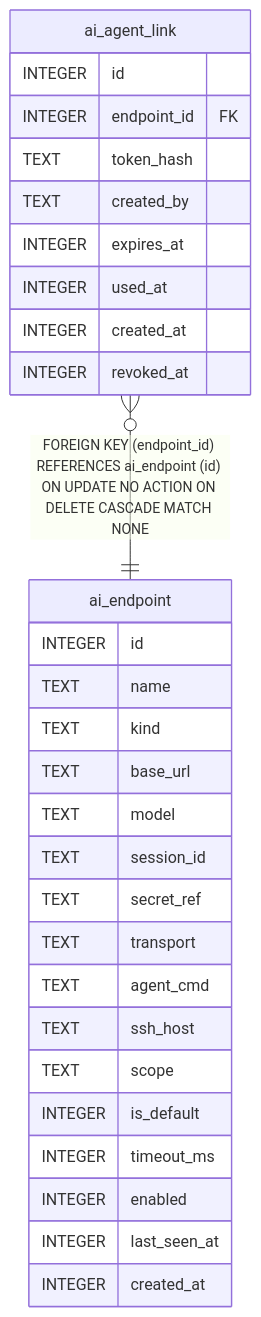
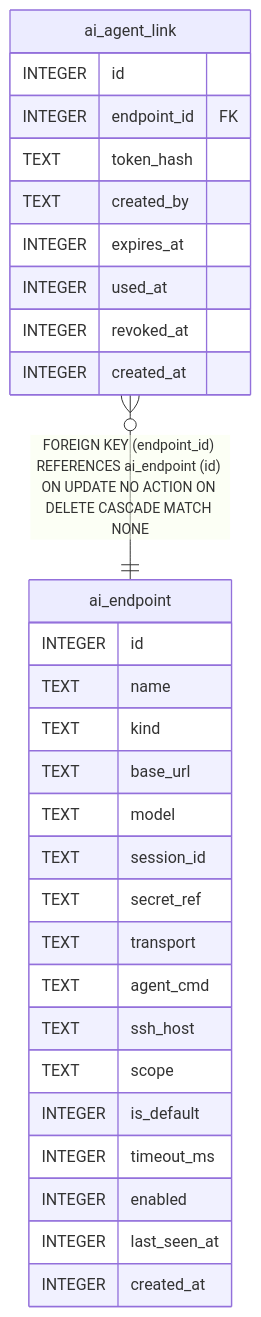
One commit to ktbhealth/docs changed the diagram in content/docs/pt-BR/developers/plugins/ai-endpoints/reference/index.mdx. Above: the diagram before and after it, drawn with Mermaid. The commit also changed other lines of this file and 87 other files, not shown here.

Commit message:
docs: ERD refresh after db schema facade (#104)

````diff
--- a/content/docs/pt-BR/developers/plugins/ai-endpoints/reference/index.mdx
+++ b/content/docs/pt-BR/developers/plugins/ai-endpoints/reference/index.mdx
@@ -13,34 +13,34 @@
 ```mermaid
 erDiagram
 
 "ai_agent_link" }o--|| "ai_endpoint" : "FOREIGN KEY (endpoint_id) REFERENCES ai_endpoint (id) ON UPDATE NO ACTION ON DELETE CASCADE MATCH NONE"
 
 "ai_agent_link" {
   INTEGER id
   INTEGER endpoint_id FK
   TEXT token_hash
   TEXT created_by
   INTEGER expires_at
   INTEGER used_at
+  INTEGER revoked_at
   INTEGER created_at
-  INTEGER revoked_at
 }
 "ai_endpoint" {
   INTEGER id
   TEXT name
   TEXT kind
   TEXT base_url
   TEXT model
   TEXT session_id
   TEXT secret_ref
   TEXT transport
   TEXT agent_cmd
   TEXT ssh_host
   TEXT scope
   INTEGER is_default
   INTEGER timeout_ms
   INTEGER enabled
   INTEGER last_seen_at
   INTEGER created_at
 }
 ```
````
